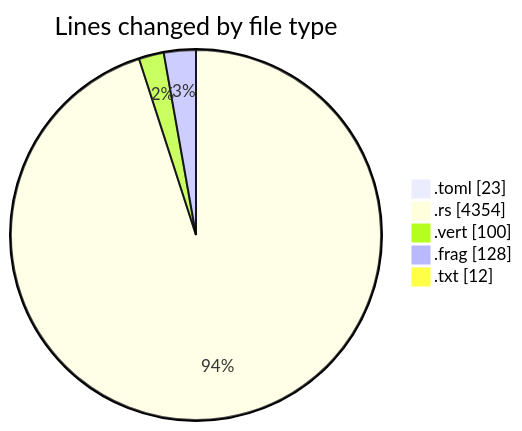
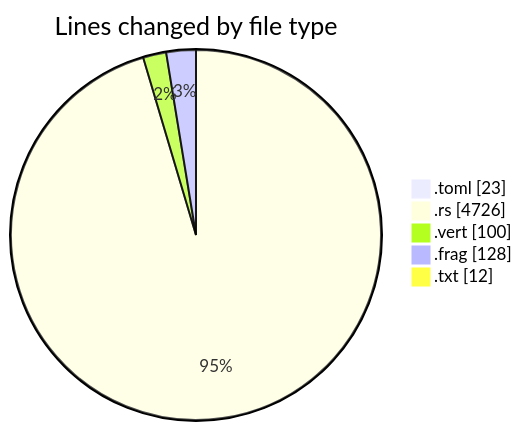
Before and after one commit to ernivani/code-tracking: the first of 2 diagrams in 2025-01-02/3drust/README.md, drawn with Mermaid. The commit also changed other lines of this file and 2 other files, not shown here.

````diff
--- a/2025-01-02/3drust/README.md
+++ b/2025-01-02/3drust/README.md
@@ -28,9 +28,9 @@
 ```mermaid
 pie showData
 title Lines changed by file type
 ".toml" : 23
-".rs" : 4354
+".rs" : 4726
 ".vert" : 100
 ".frag" : 128
 ".txt" : 12
 ```
````
